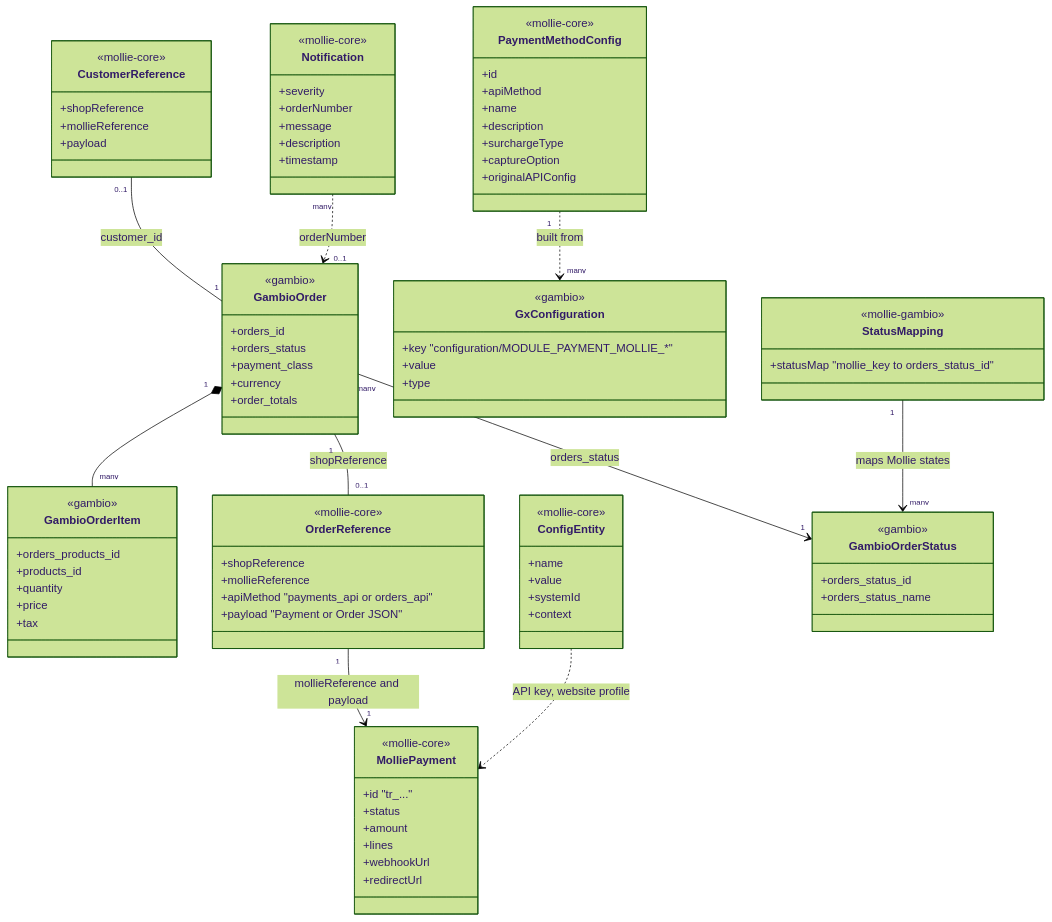
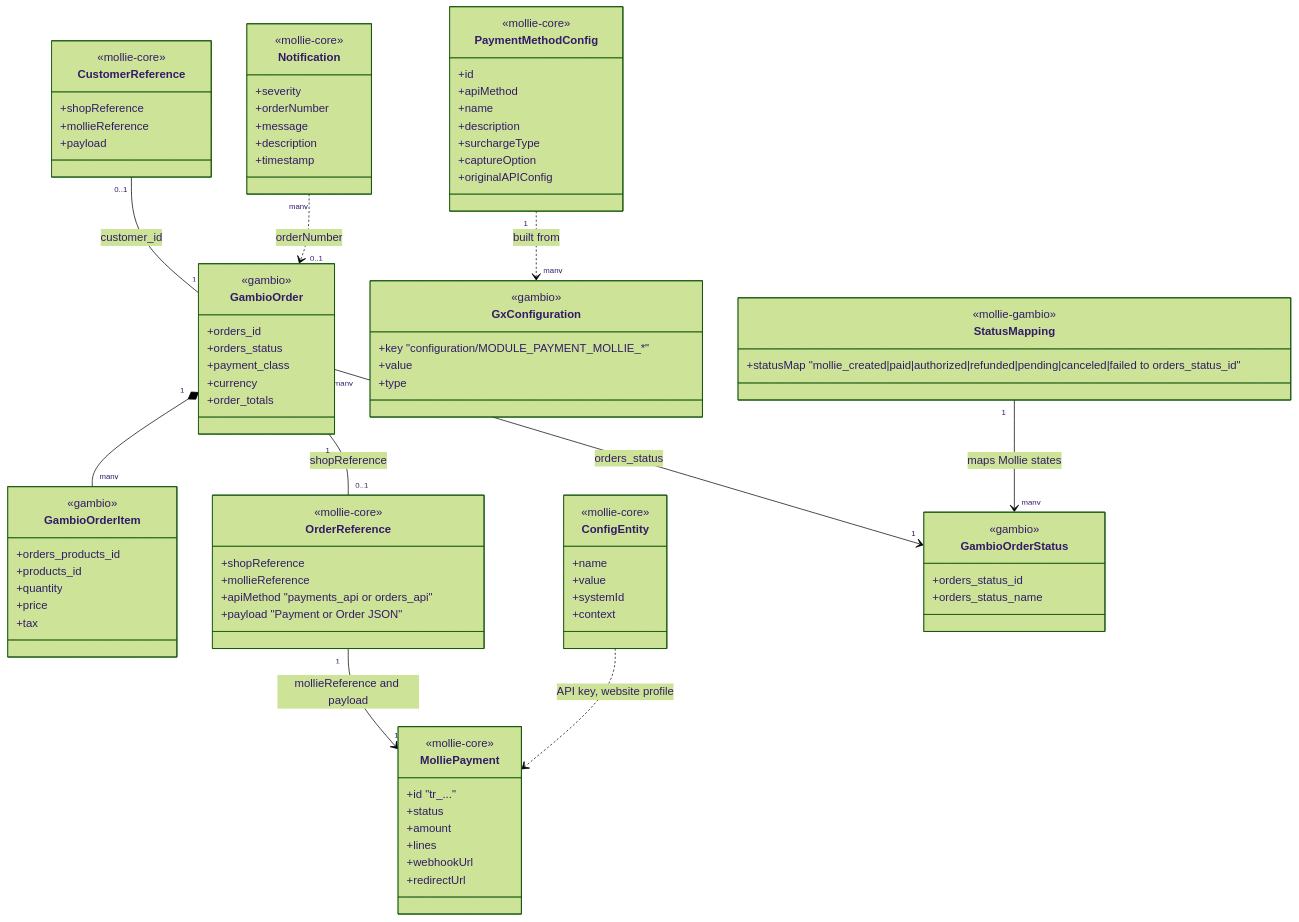
The second of 9 diagrams in DESIGN.md (logeecom/gambio), drawn with Mermaid (forest theme) before and after one commit. The commit also changed other lines of this file and 12 other files, not shown here.

```diff
--- a/DESIGN.md
+++ b/DESIGN.md
@@ -205,7 +216,7 @@
     }
     class StatusMapping {
         <<mollie-gambio>>
-        +statusMap "mollie_key to orders_status_id"
+        +statusMap "mollie_created|paid|authorized|refunded|pending|canceled|failed to orders_status_id"
     }
     class MolliePayment {
         <<mollie-core>>
```
